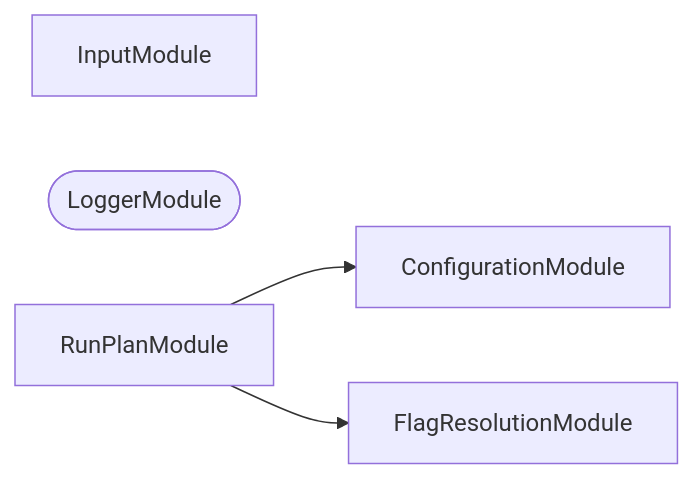
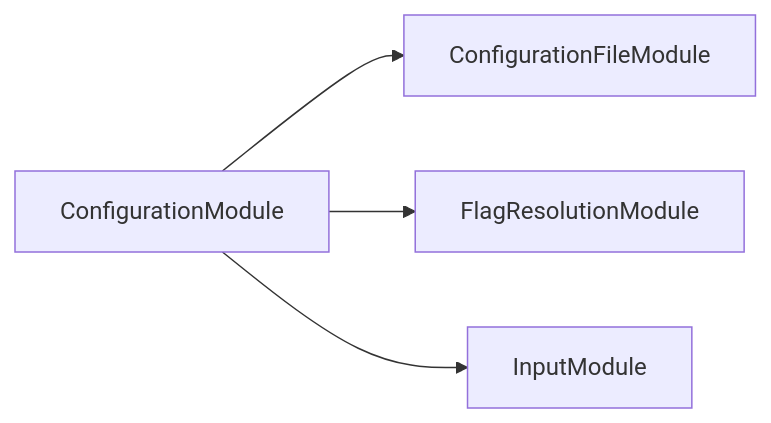
Before and after one commit to JimmyPaolini/codebase: the second of 3 diagrams in packages/ic-suite/callidescope/callidescope-configuration/README.md, drawn with Mermaid. The commit also changed other lines of this file and 54 other files, not shown here.

````diff
--- a/packages/ic-suite/callidescope/callidescope-configuration/README.md
+++ b/packages/ic-suite/callidescope/callidescope-configuration/README.md
@@ -688,10 +688,10 @@
 ```mermaid
 flowchart LR
+  ConfigurationFileModule
   ConfigurationModule
   FlagResolutionModule
   InputModule
-  LoggerModule([LoggerModule])
-  RunPlanModule
-  RunPlanModule --> ConfigurationModule
-  RunPlanModule --> FlagResolutionModule
+  ConfigurationModule --> ConfigurationFileModule
+  ConfigurationModule --> FlagResolutionModule
+  ConfigurationModule --> InputModule
 ```
````
